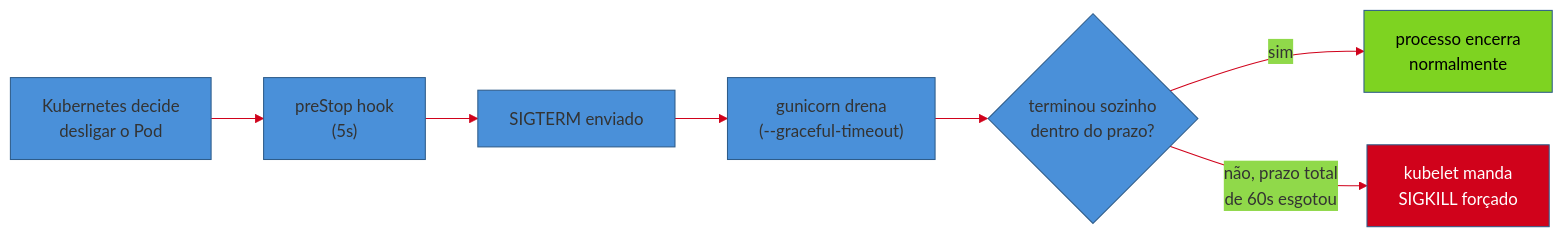
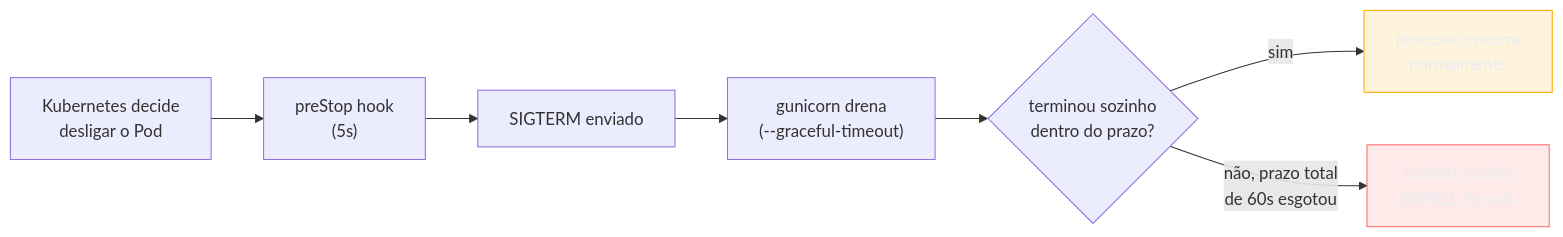
One commit to josenaldo/codex-technomanticus changed the third of 4 diagrams in 03-Dominios/Tecnologia/Python/Cloud-native e produção/04 - Rolling deploy sem downtime no Kubernetes.md. Above: the diagram before and after it, drawn with Mermaid. The commit also changed other lines of this file and 1181 other files, not shown here.

First line of the commit message:
fix(diagramas): paleta do sistema no lugar de cor cravada no markdown

````diff
--- a/03-Dominios/Tecnologia/Python/Cloud-native e produção/04 - Rolling deploy sem downtime no Kubernetes.md
+++ b/03-Dominios/Tecnologia/Python/Cloud-native e produção/04 - Rolling deploy sem downtime no Kubernetes.md
@@ -196,13 +195,14 @@
 ```mermaid
-%%{init: {"theme": "base", "themeVariables": {"primaryColor": "#4A90D9", "primaryBorderColor": "#2E5C8A", "lineColor": "#D0021B"}}}%%
 flowchart LR
+    classDef destaque fill:#FFAA0024,stroke:#FFAA00,color:#E9ECF2
+    classDef falha fill:#FF6B6B24,stroke:#FF6B6B,color:#E9ECF2
     START["Kubernetes decide<br/>desligar o Pod"] --> PS["preStop hook<br/>(5s)"]
     PS --> SIG["SIGTERM enviado"]
     SIG --> DRAIN["gunicorn drena<br/>(--graceful-timeout)"]
     DRAIN --> FIM{"terminou sozinho<br/>dentro do prazo?"}
     FIM -->|"sim"| OK["processo encerra<br/>normalmente"]
     FIM -->|"não, prazo total<br/>de 60s esgotou"| KILL["kubelet manda<br/>SIGKILL forçado"]
 
-    style OK fill:#7ED321,color:#000
-    style KILL fill:#D0021B,color:#fff
+    class OK destaque
+    class KILL falha
 ```
````
